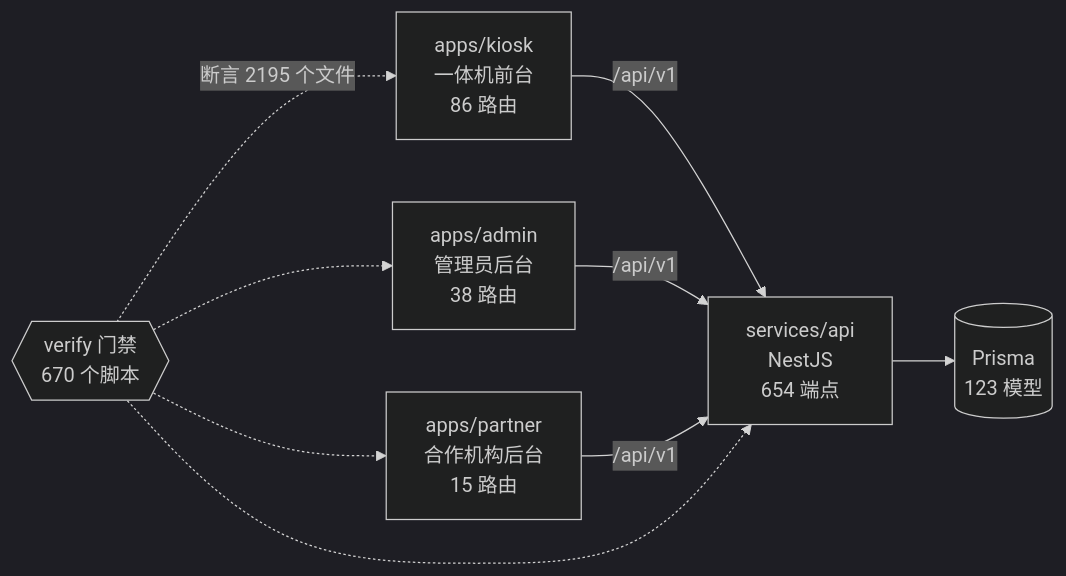
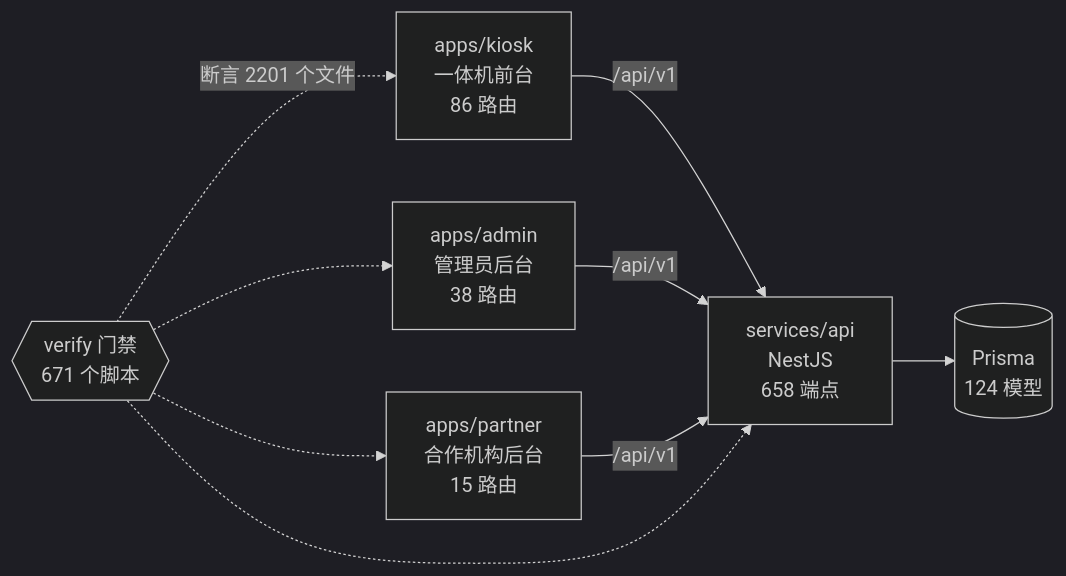
One commit to wanglei581/YITIJI changed the diagram in docs/graph/README.md. Above: the diagram before and after it, drawn with Mermaid (dark theme). The commit also changed other lines of this file and 8 other files, not shown here.

Commit message:
服务单门禁接入校验与持续集成，并重生项目图谱。

````diff
--- a/docs/graph/README.md
+++ b/docs/graph/README.md
@@ -68,18 +68,18 @@
 ```mermaid
 flowchart LR
   kiosk["apps/kiosk<br/>一体机前台<br/>86 路由"]
   admin["apps/admin<br/>管理员后台<br/>38 路由"]
   partner["apps/partner<br/>合作机构后台<br/>15 路由"]
-  api["services/api<br/>NestJS<br/>654 端点"]
-  db[("Prisma<br/>123 模型")]
-  gates{{"verify 门禁<br/>670 个脚本"}}
+  api["services/api<br/>NestJS<br/>658 端点"]
+  db[("Prisma<br/>124 模型")]
+  gates{{"verify 门禁<br/>671 个脚本"}}
 
   kiosk -->|"/api/v1"| api
   admin -->|"/api/v1"| api
   partner -->|"/api/v1"| api
   api --> db
-  gates -.->|"断言 2195 个文件"| kiosk
+  gates -.->|"断言 2201 个文件"| kiosk
   gates -.-> admin
   gates -.-> partner
   gates -.-> api
 ```
````
